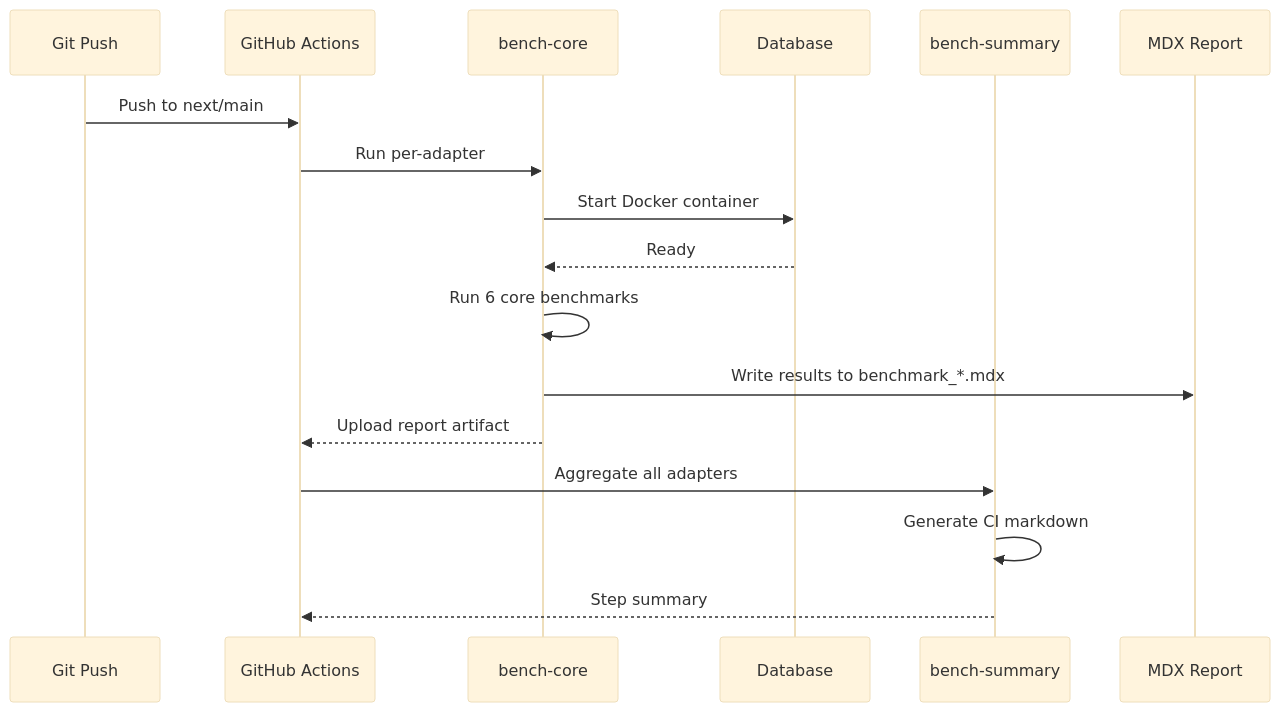
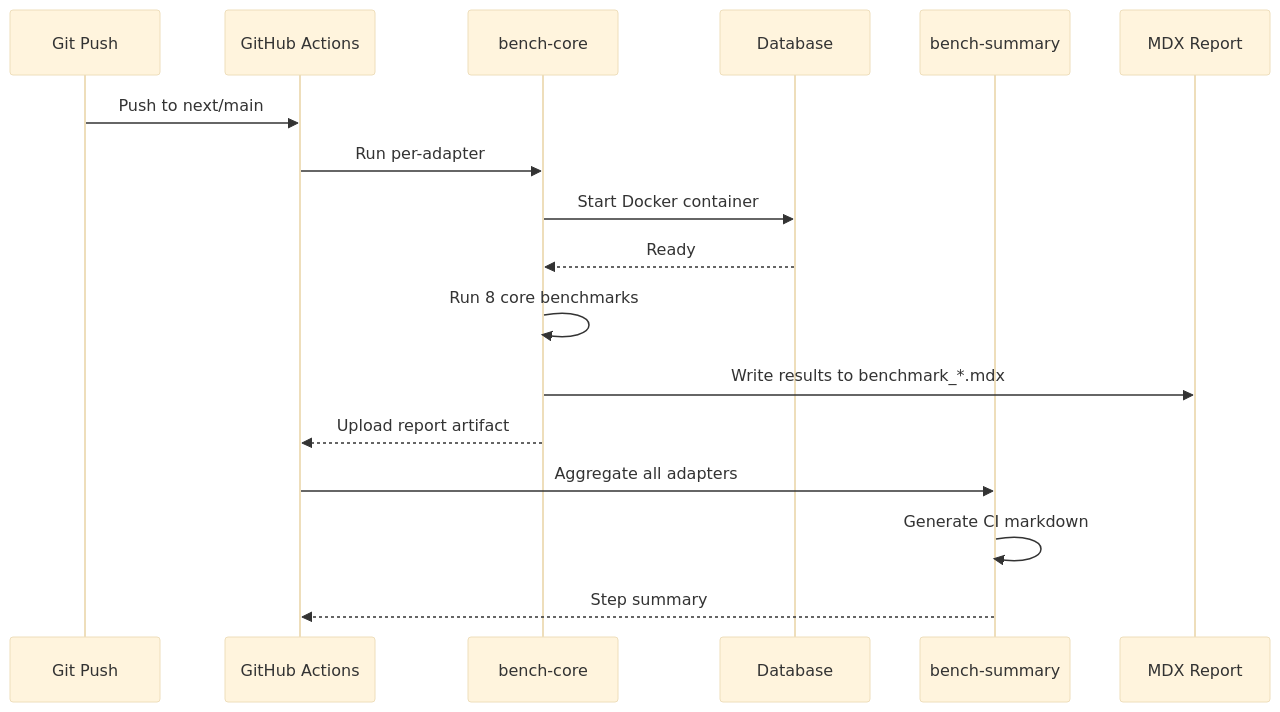
Before and after one commit to SveltyCMS/SveltyCMS: the third of 4 diagrams in docs/tests/benchmark-matrix.mdx, drawn with Mermaid (base theme). The commit also changed other lines of this file and 13 other files, not shown here.

````diff
--- a/docs/tests/benchmark-matrix.mdx
+++ b/docs/tests/benchmark-matrix.mdx
@@ -433,20 +433,20 @@
 ```mermaid
 sequenceDiagram
     participant Push as Git Push
     participant GH as GitHub Actions
     participant Bench as bench-core
     participant DB as Database
     participant Summary as bench-summary
     participant Report as MDX Report
 
     Push->>GH: Push to next/main
     GH->>Bench: Run per-adapter
     Bench->>DB: Start Docker container
     DB-->>Bench: Ready
-    Bench->>Bench: Run 6 core benchmarks
+    Bench->>Bench: Run 8 core benchmarks
     Bench->>Report: Write results to benchmark_*.mdx
     Bench-->>GH: Upload report artifact
     GH->>Summary: Aggregate all adapters
     Summary->>Summary: Generate CI markdown
     Summary-->>GH: Step summary
 ```
````
